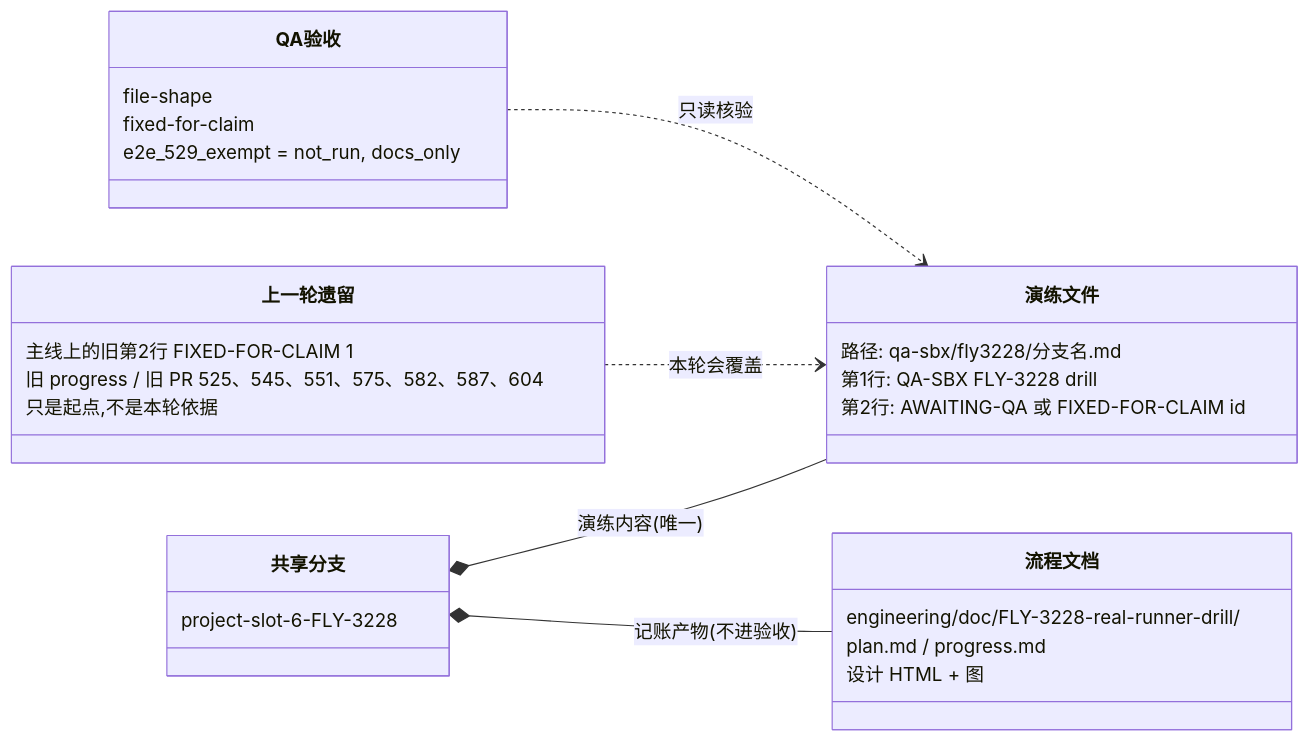
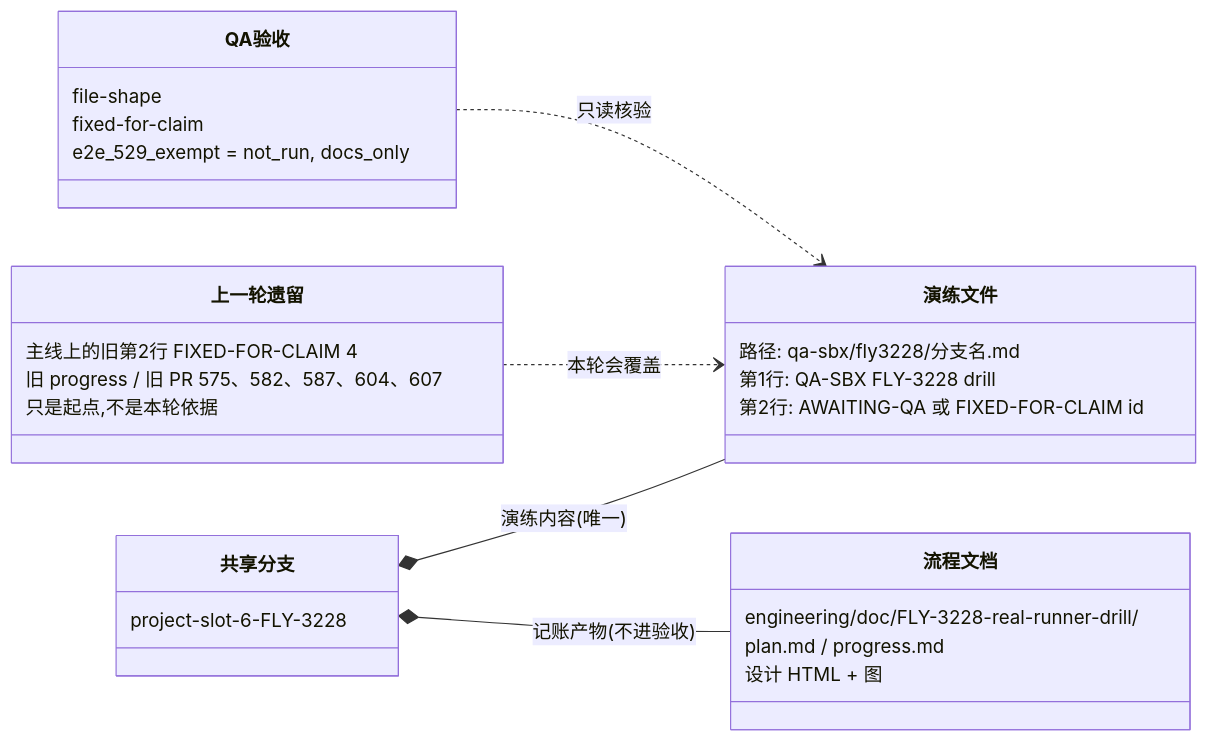
One commit to xrliAnnie/flywheel-qa-sandbox changed the diagram in engineering/doc/FLY-3228-real-runner-drill/d2-data-model.mmd. Above: the diagram before and after it, drawn with Mermaid. The commit also changed 2 other files, not shown here.

```diff
--- a/engineering/doc/FLY-3228-real-runner-drill/d2-data-model.mmd
+++ b/engineering/doc/FLY-3228-real-runner-drill/d2-data-model.mmd
@@ -1,29 +1,29 @@
 classDiagram
     direction LR
     class 共享分支 {
         project-slot-6-FLY-3228
     }
     class 演练文件 {
         路径: qa-sbx/fly3228/分支名.md
         第1行: QA-SBX FLY-3228 drill
         第2行: AWAITING-QA 或 FIXED-FOR-CLAIM id
     }
     class 上一轮遗留 {
-        主线上的旧第2行 FIXED-FOR-CLAIM 1
-        旧 progress / 旧 PR 525、545、551、575、582、587、604
+        主线上的旧第2行 FIXED-FOR-CLAIM 4
+        旧 progress / 旧 PR 575、582、587、604、607
         只是起点,不是本轮依据
     }
     class 流程文档 {
         engineering/doc/FLY-3228-real-runner-drill/
         plan.md / progress.md
         设计 HTML + 图
     }
     class QA验收 {
         file-shape
         fixed-for-claim
         e2e_529_exempt = not_run, docs_only
     }
     共享分支 *-- 演练文件 : 演练内容(唯一)
     共享分支 *-- 流程文档 : 记账产物(不进验收)
     上一轮遗留 ..> 演练文件 : 本轮会覆盖
     QA验收 ..> 演练文件 : 只读核验
```
